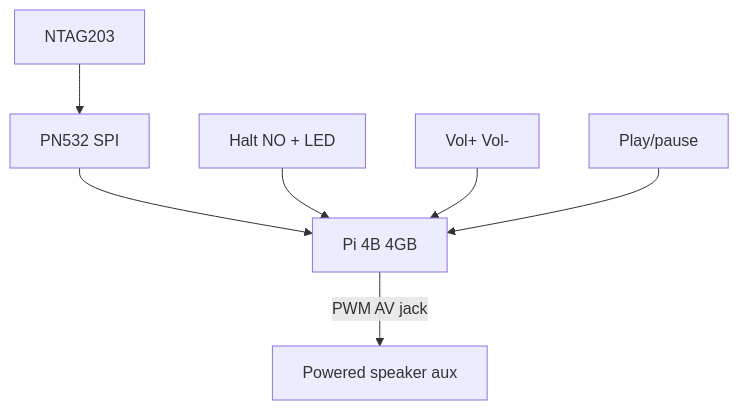
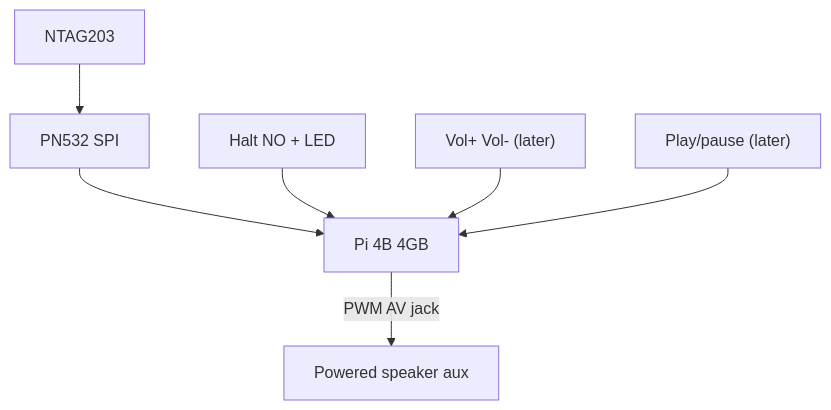
The diagram in docs/hardware.md (mzworthington/RoMini), drawn with Mermaid before and after one commit. The commit also changed other lines of this file and 20 other files, not shown here.

````diff
--- a/docs/hardware.md
+++ b/docs/hardware.md
@@ -28,9 +28,9 @@
 ```mermaid
 flowchart TB
   ntag["NTAG203"] --> hat["PN532 SPI"]
   hat --> pi["Pi 4B 4GB"]
   halt["Halt NO + LED"] --> pi
-  vol["Vol+ Vol-"] --> pi
-  play["Play/pause"] --> pi
+  vol["Vol+ Vol- (later)"] --> pi
+  play["Play/pause (later)"] --> pi
   pi -->|"PWM AV jack"| spk["Powered speaker aux"]
 ```
````
